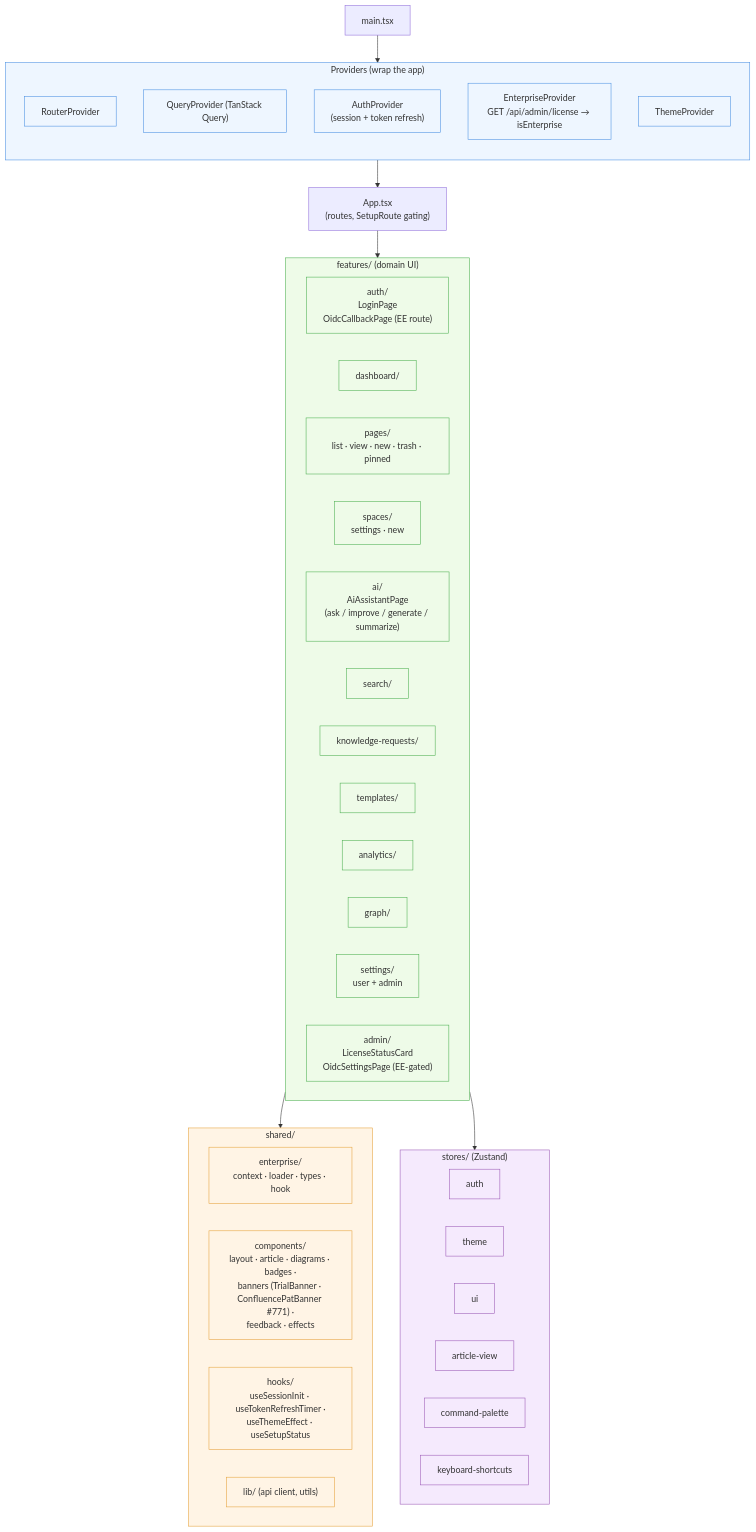
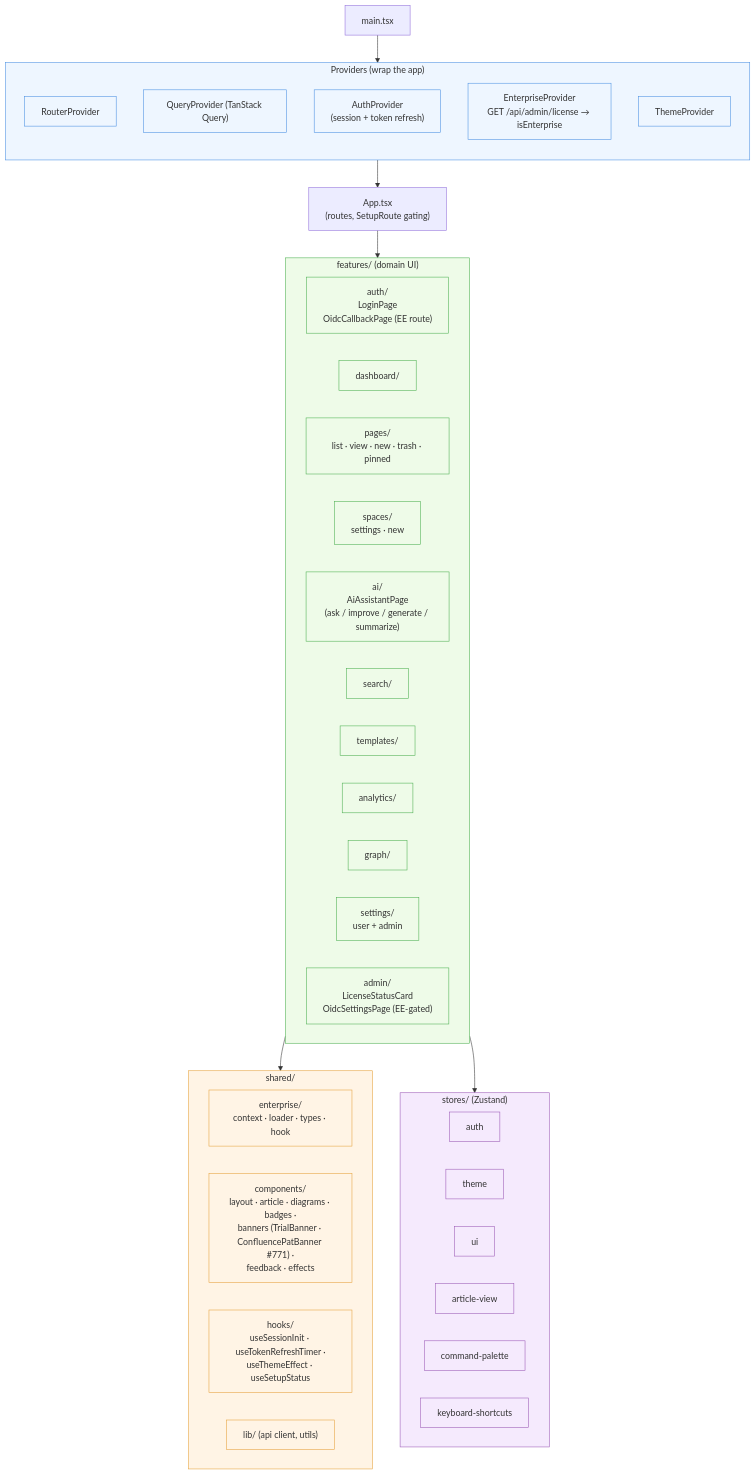
One commit to Compendiq/compendiq-ce changed the first of 2 diagrams in docs/architecture/04-frontend-structure.md. Above: the diagram before and after it, drawn with Mermaid. The commit also changed 20 other files, not shown here.

First line of the commit message:
feat(cleanup): remove the Knowledge Requests feature (#841)

````diff
--- a/docs/architecture/04-frontend-structure.md
+++ b/docs/architecture/04-frontend-structure.md
@@ -8,64 +8,63 @@
 ```mermaid
 flowchart TB
     main["main.tsx"]
 
     subgraph providers["Providers (wrap the app)"]
         direction TB
         rp["RouterProvider"]
         qp["QueryProvider (TanStack Query)"]
         ap["AuthProvider<br/>(session + token refresh)"]
         ep["EnterpriseProvider<br/>GET /api/admin/license → isEnterprise"]
         tp["ThemeProvider"]
     end
 
     main --> providers
     providers --> app["App.tsx<br/>(routes, SetupRoute gating)"]
 
     subgraph features["features/ (domain UI)"]
         direction LR
         fAuth["auth/<br/>LoginPage<br/>OidcCallbackPage (EE route)"]
         fDash["dashboard/"]
         fPages["pages/<br/>list · view · new · trash · pinned"]
         fSpaces["spaces/<br/>settings · new"]
         fAI["ai/<br/>AiAssistantPage<br/>(ask / improve / generate / summarize)"]
         fSearch["search/"]
-        fKR["knowledge-requests/"]
         fTempl["templates/"]
         fAnalytics["analytics/"]
         fGraph["graph/"]
         fSettings["settings/<br/>user + admin"]
         fAdmin["admin/<br/>LicenseStatusCard<br/>OidcSettingsPage (EE-gated)"]
     end
 
     app --> features
 
     subgraph shared["shared/"]
         direction LR
         sEnt["enterprise/<br/>context · loader · types · hook"]
         sComp["components/<br/>layout · article · diagrams · badges ·<br/>banners (TrialBanner · ConfluencePatBanner #771) ·<br/>feedback · effects"]
         sHooks["hooks/<br/>useSessionInit · useTokenRefreshTimer ·<br/>useThemeEffect · useSetupStatus"]
         sLib["lib/ (api client, utils)"]
     end
 
     features --> shared
 
     subgraph stores["stores/ (Zustand)"]
         zAuth["auth"]
         zTheme["theme"]
         zUI["ui"]
         zAV["article-view"]
         zCmd["command-palette"]
         zKb["keyboard-shortcuts"]
     end
 
     features --> stores
 
     classDef prov fill:#eef6ff,stroke:#4a90e2
     classDef feat fill:#eefbe8,stroke:#4caf50
     classDef sh fill:#fff4e5,stroke:#e5a23c
     classDef st fill:#f5eafd,stroke:#9b59b6
     class providers,rp,qp,ap,ep,tp prov
     class features,fAuth,fDash,fPages,fSpaces,fAI,fSearch,fKR,fTempl,fAnalytics,fGraph,fSettings,fAdmin feat
     class shared,sEnt,sComp,sHooks,sLib sh
     class stores,zAuth,zTheme,zUI,zAV,zCmd,zKb st
 ```
````
